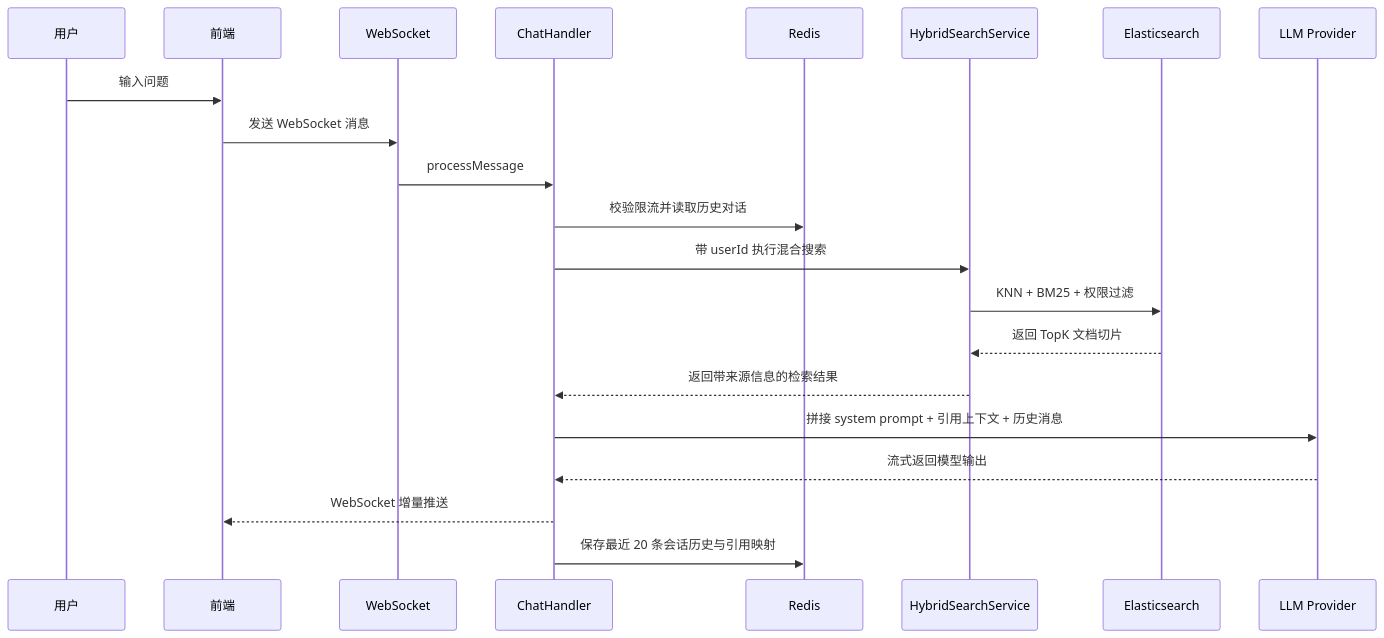
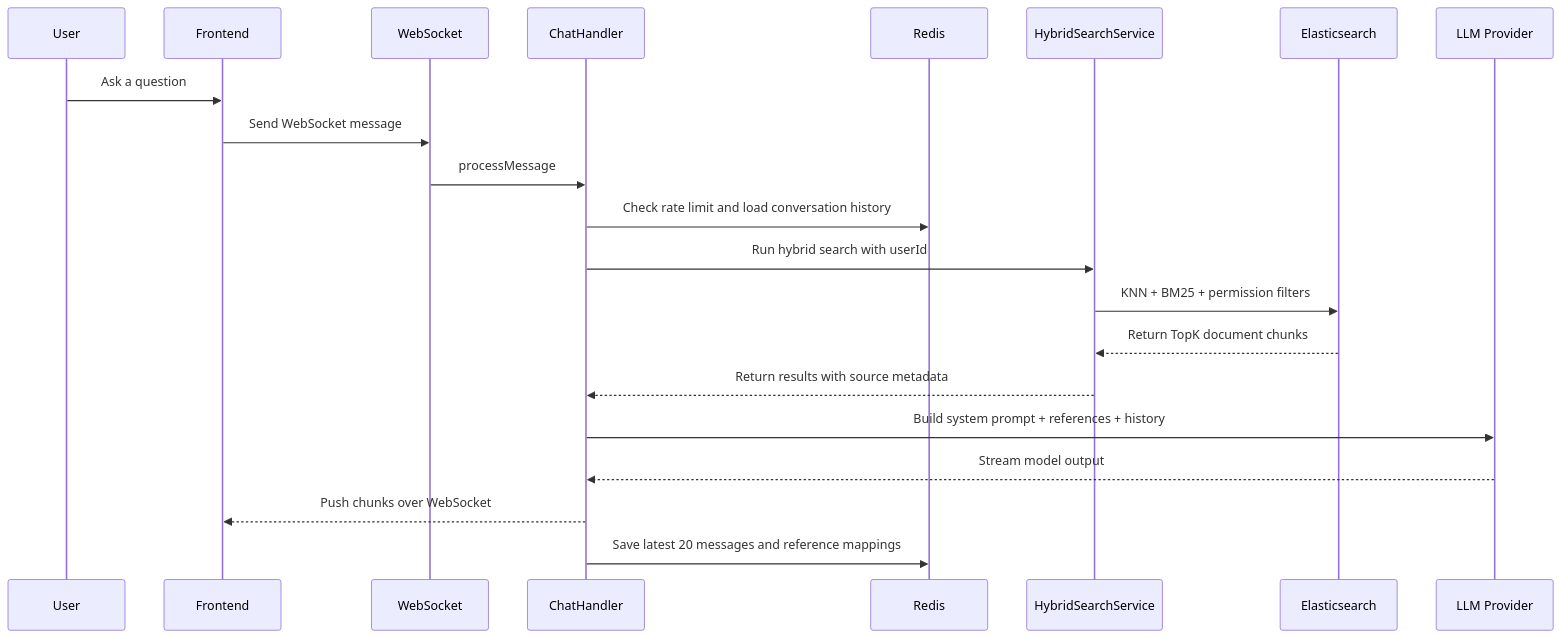
Before and after one commit to Rishi-Mishima/RAG-smart-flowpai: the third of 3 diagrams in README.md, drawn with Mermaid. The commit also changed other lines of this file, not shown here.

````diff
--- a/README.md
+++ b/README.md
@@ -92,24 +92,24 @@
 ```mermaid
 sequenceDiagram
-    participant U as 用户
-    participant F as 前端
+    participant U as User
+    participant F as Frontend
     participant W as WebSocket
     participant C as ChatHandler
     participant R as Redis
     participant H as HybridSearchService
     participant E as Elasticsearch
     participant L as LLM Provider
 
-    U->>F: 输入问题
-    F->>W: 发送 WebSocket 消息
+    U->>F: Ask a question
+    F->>W: Send WebSocket message
     W->>C: processMessage
-    C->>R: 校验限流并读取历史对话
-    C->>H: 带 userId 执行混合搜索
-    H->>E: KNN + BM25 + 权限过滤
-    E-->>H: 返回 TopK 文档切片
-    H-->>C: 返回带来源信息的检索结果
-    C->>L: 拼接 system prompt + 引用上下文 + 历史消息
-    L-->>C: 流式返回模型输出
-    C-->>F: WebSocket 增量推送
-    C->>R: 保存最近 20 条会话历史与引用映射
+    C->>R: Check rate limit and load conversation history
+    C->>H: Run hybrid search with userId
+    H->>E: KNN + BM25 + permission filters
+    E-->>H: Return TopK document chunks
+    H-->>C: Return results with source metadata
+    C->>L: Build system prompt + references + history
+    L-->>C: Stream model output
+    C-->>F: Push chunks over WebSocket
+    C->>R: Save latest 20 messages and reference mappings
 ```
````
